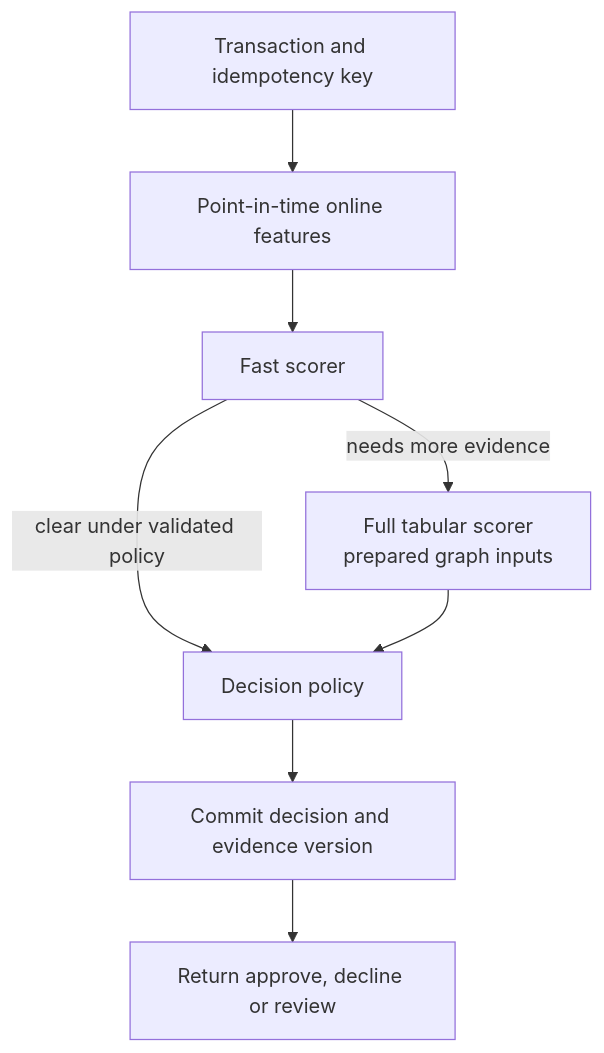
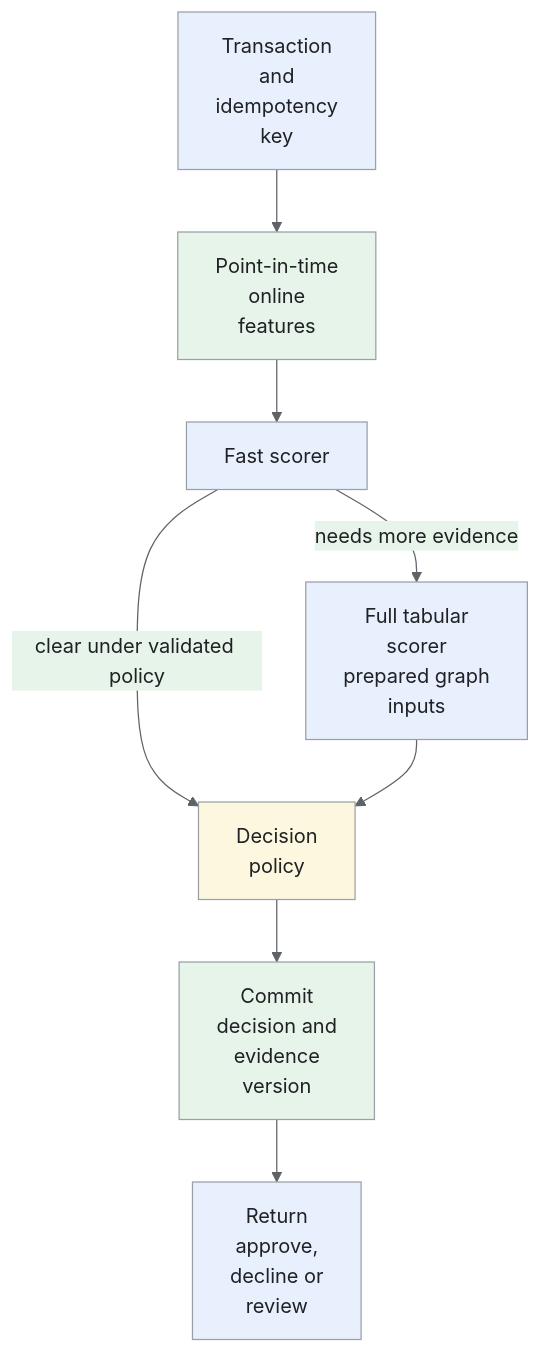
Before and after one commit to iliazlobin/iliazlobin.github.io: the fourth of 6 diagrams in _designs/system-design-ml-fraud-detection.md, drawn with Mermaid. The commit also changed other lines of this file and 131 other files, not shown here.

````diff
--- a/_designs/system-design-ml-fraud-detection.md
+++ b/_designs/system-design-ml-fraud-detection.md
@@ -188,10 +270,18 @@
 ```mermaid
+%%{init: {'theme':'base','themeVariables':{'primaryColor':'#e8f0fe','primaryTextColor':'#202124','primaryBorderColor':'#9aa0a6','lineColor':'#5f6368','secondaryColor':'#e6f4ea','tertiaryColor':'#fef7e0','actorBkg':'#e8f0fe','actorBorder':'#9aa0a6','actorTextColor':'#202124','noteBkgColor':'#fef7e0','noteTextColor':'#202124','noteBorderColor':'#9aa0a6','signalColor':'#5f6368','signalTextColor':'#202124','labelBoxBkgColor':'#fef7e0','labelBoxBorderColor':'#9aa0a6'}}}%%
 flowchart TB
-    T["Transaction and idempotency key"] --> F["Point-in-time online features"]
+    T["Transaction<br>and<br>idempotency<br>key"] --> F["Point-in-time<br>online<br>features"]
     F --> S["Fast scorer"]
-    S -->|clear under validated policy| D["Decision policy"]
-    S -->|needs more evidence| M["Full tabular scorer<br>prepared graph inputs"]
+    S -->|clear under validated policy| D["Decision<br>policy"]
+    S -->|needs more evidence| M["Full tabular<br>scorer<br>prepared graph<br>inputs"]
     M --> D
-    D --> P["Commit decision and evidence version"]
-    P --> R["Return approve, decline or review"]
+    D --> P["Commit<br>decision and<br>evidence<br>version"]
+    P --> R["Return<br>approve,<br>decline or<br>review"]
+classDef request fill:#e8f0fe,stroke:#9aa0a6,color:#202124;
+classDef data fill:#e6f4ea,stroke:#9aa0a6,color:#202124;
+classDef control fill:#fef7e0,stroke:#9aa0a6,color:#202124;
+class T,S,M,R request;
+class F,P data;
+class D control;
+
 ```
````
